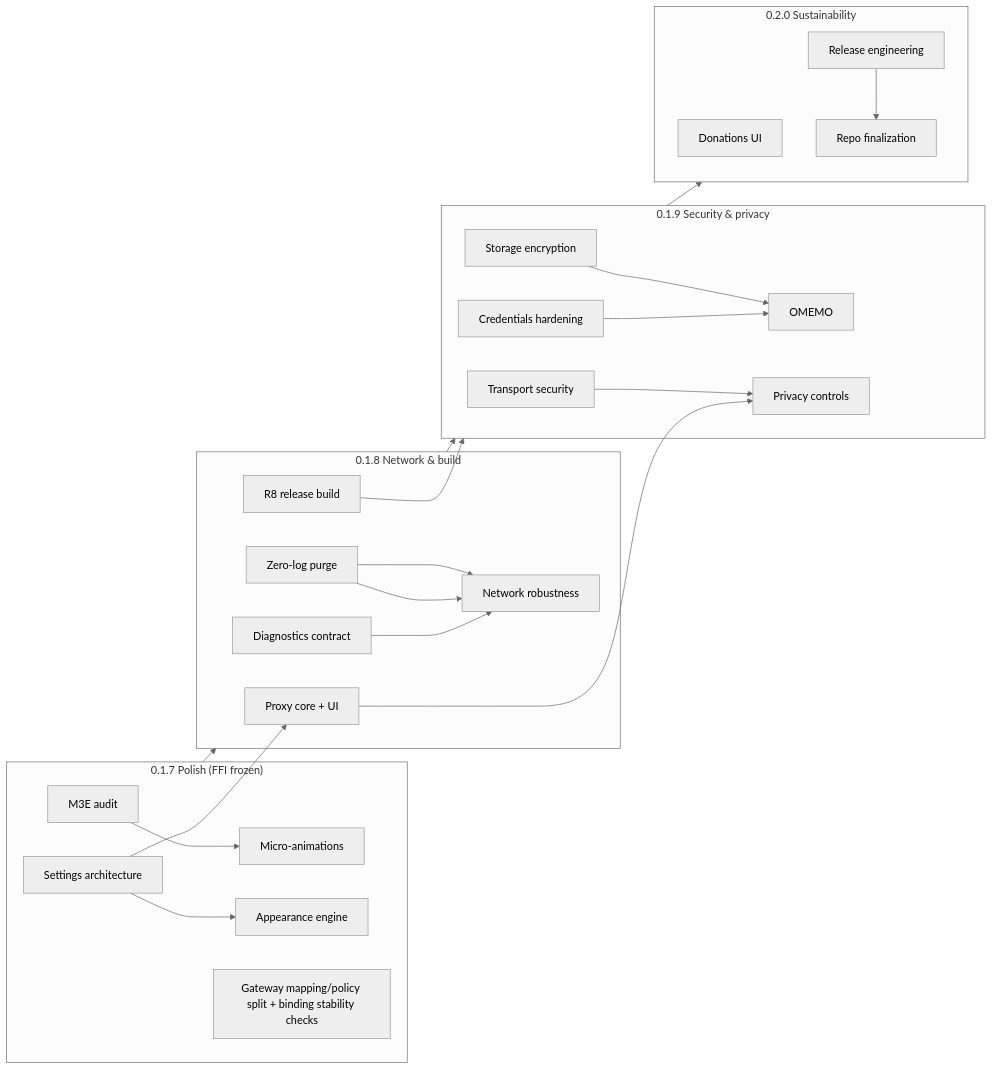
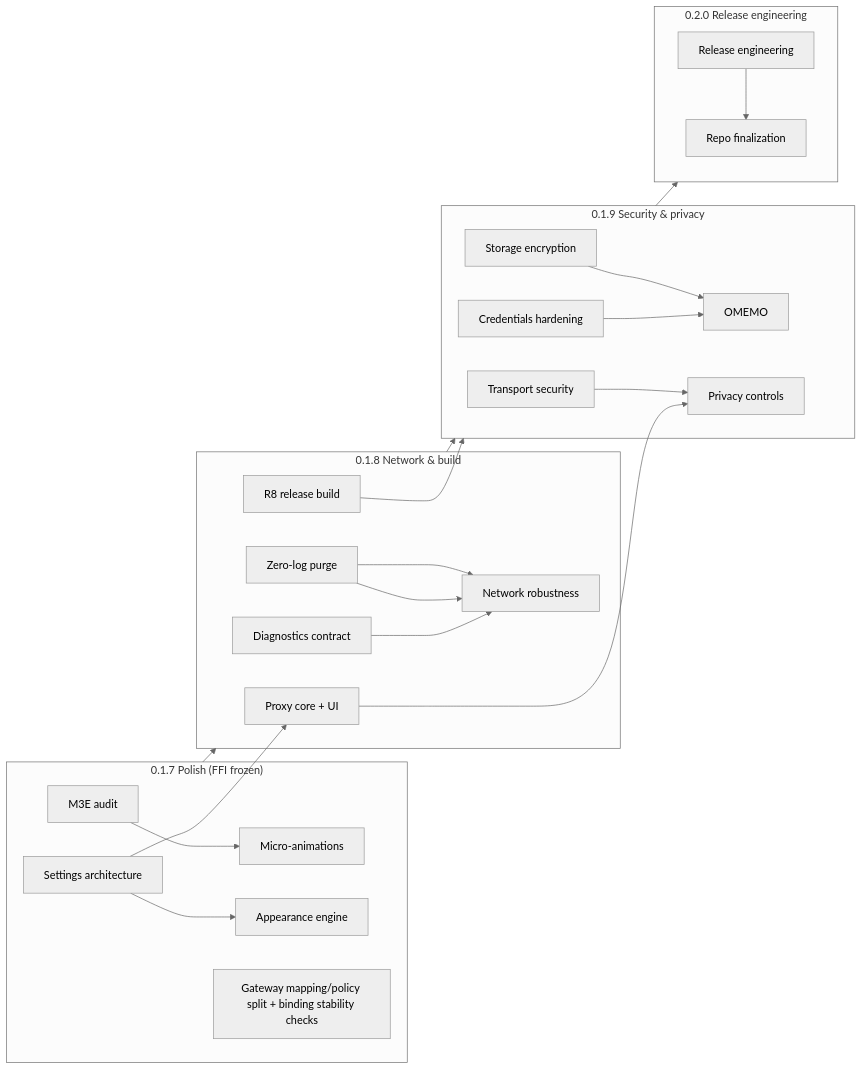
Before and after one commit to emptinens/mindchat: the diagram in ROADMAP.md, drawn with Mermaid (neutral theme). The commit also changed other lines of this file and 1 other file, not shown here.

First line of the commit message:
docs: remove donations from the 0.2.0 plan (product decision)

````diff
--- a/ROADMAP.md
+++ b/ROADMAP.md
@@ -126,29 +126,28 @@
 ```mermaid
 flowchart LR
   subgraph R17["0.1.7 Polish (FFI frozen)"]
     A1[M3E audit] --> A3[Micro-animations]
     A2[Settings architecture] --> A4[Appearance engine]
     A5[Gateway mapping/policy split + binding stability checks]
   end
   subgraph R18["0.1.8 Network & build"]
     B1[Zero-log purge] --> B2[Network robustness]
     B3[Proxy core + UI]
     B4[R8 release build]
     B5[Diagnostics contract]
   end
   subgraph R19["0.1.9 Security & privacy"]
     C1[Storage encryption] --> C2[OMEMO]
     C3[Credentials hardening] --> C2
     C4[Transport security] --> C5[Privacy controls]
   end
-  subgraph R20["0.2.0 Sustainability"]
-    D1[Donations UI]
+  subgraph R20["0.2.0 Release engineering"]
     D2[Release engineering] --> D3[Repo finalization]
   end
   R17 --> R18 --> R19 --> R20
   A2 --> B3
   B3 --> C5
   B4 --> R19
   B1 --> B2
   B5 --> B2
 ```
````
